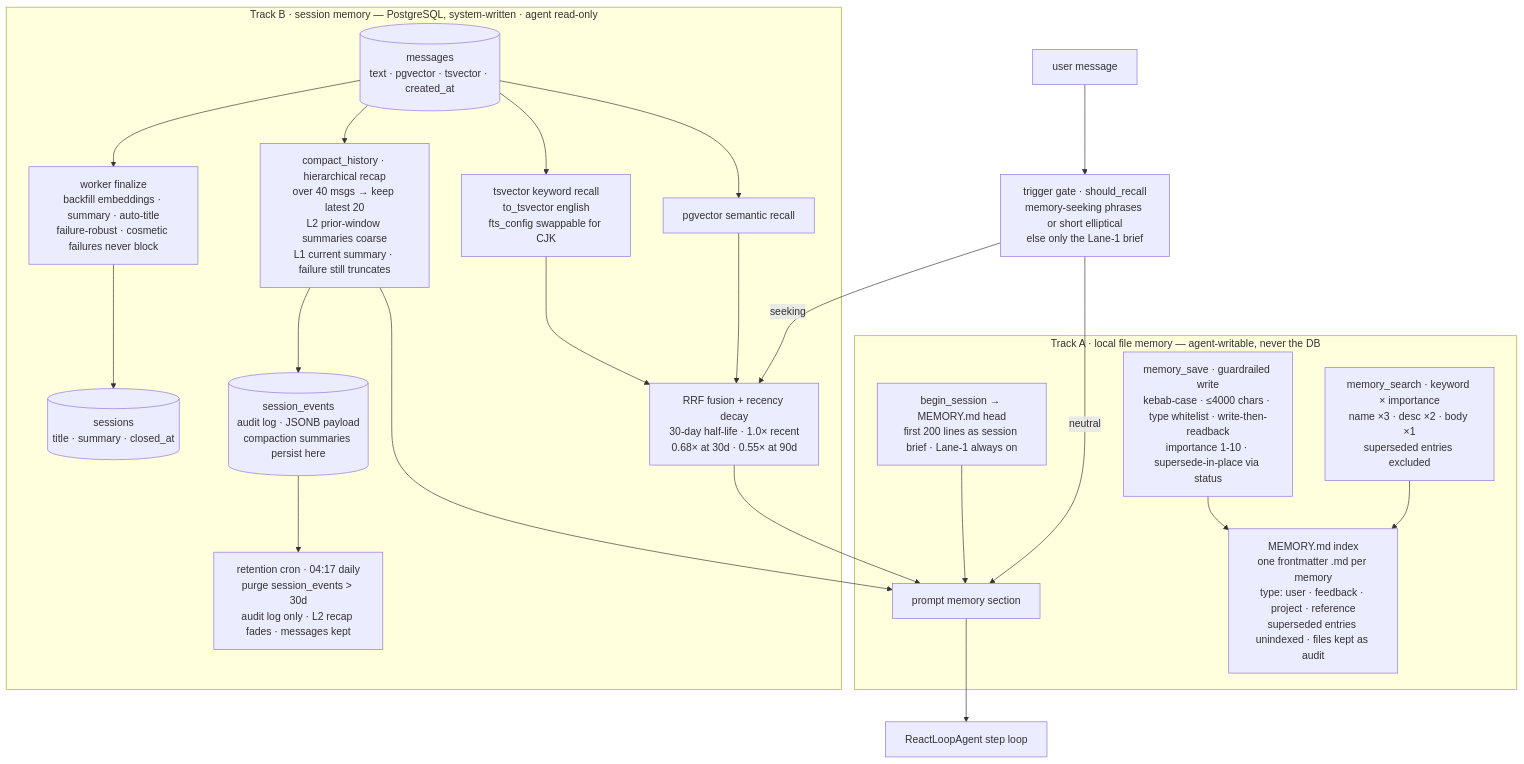
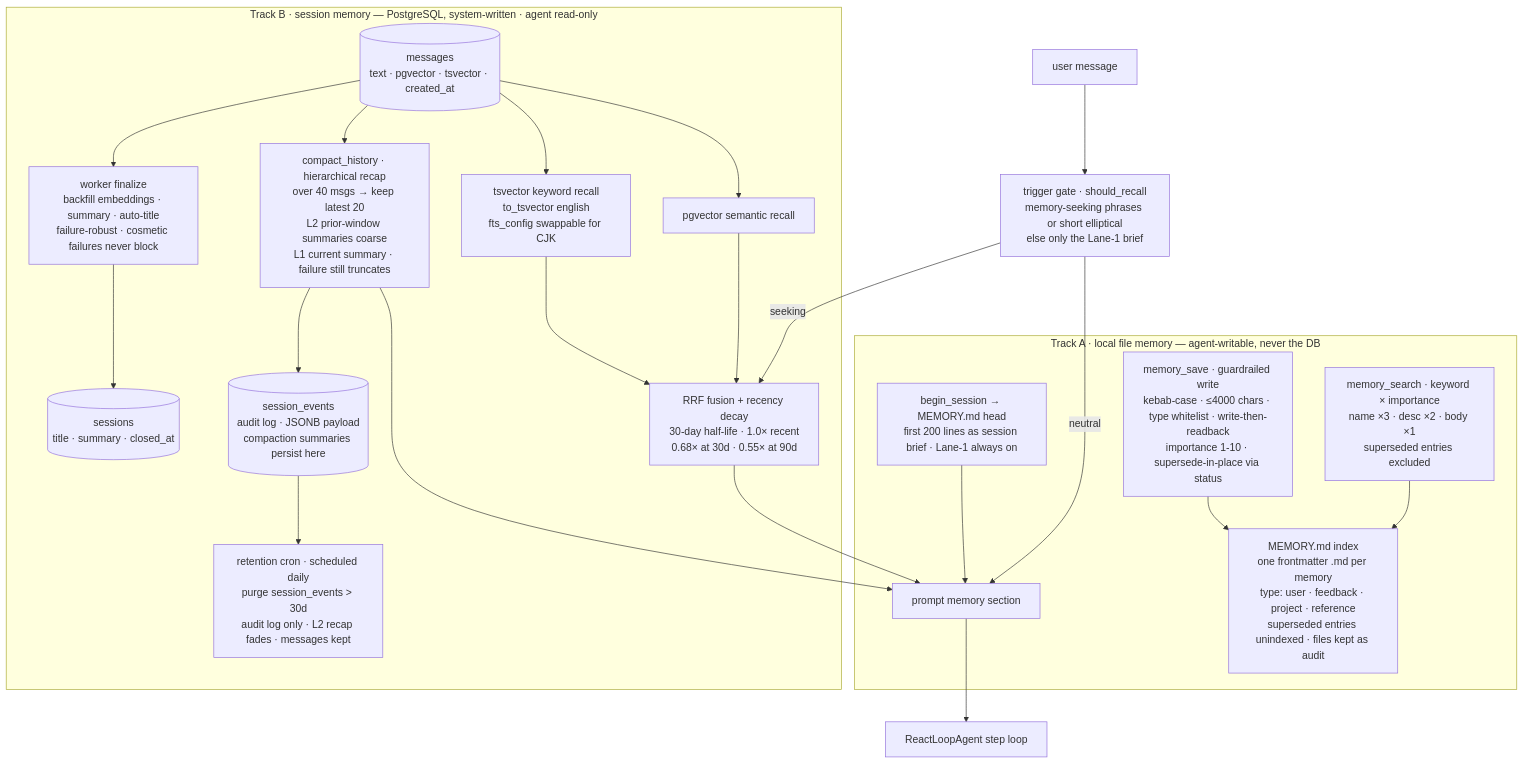
Before and after one commit to Eric-LLMs/DeepDive: the third of 4 diagrams in README.md, drawn with Mermaid. The commit also changed other lines of this file and 3 other files, not shown here.

First line of the commit message:
docs: expand prompt mermaid source inline, align 2x2, drop retention clock time

````diff
--- a/README.md
+++ b/README.md
@@ -78,48 +78,48 @@
 ```mermaid
 flowchart TB
     %% Invariants: thinking never persisted · messages never deleted by compaction/retention ·
     %% memory_save writes the memdir only (never PG) · vector-channel failure → tsvector-only (never silent empty) ·
     %% superseding marks a memory, never deletes it (audit file kept) · cosmetic failures never block the main flow
 
     P[prompt memory section]
 
     subgraph trackA["Track A · local file memory — agent-writable, never the DB"]
         FILES[MEMORY.md index<br/>one frontmatter .md per memory<br/>type: user · feedback · project · reference<br/>superseded entries unindexed · files kept as audit]
         WRITE[memory_save · guardrailed write<br/>kebab-case · ≤4000 chars · type whitelist · write-then-readback<br/>importance 1-10 · supersede-in-place via status]
         SEARCH[memory_search · keyword × importance<br/>name ×3 · desc ×2 · body ×1<br/>superseded entries excluded]
         BRIEF[begin_session → MEMORY.md head<br/>first 200 lines as session brief · Lane-1 always on]
         WRITE --> FILES
         SEARCH --> FILES
         BRIEF --> P
     end
 
     subgraph trackB["Track B · session memory — PostgreSQL, system-written · agent read-only"]
         MSGS[(messages<br/>text · pgvector · tsvector · created_at)]
         SESS[(sessions<br/>title · summary · closed_at)]
         EVTS[(session_events<br/>audit log · JSONB payload<br/>compaction summaries persist here)]
         KW[tsvector keyword recall<br/>to_tsvector english<br/>fts_config swappable for CJK]
         VEC[pgvector semantic recall]
         RRF[RRF fusion + recency decay<br/>30-day half-life · 1.0× recent<br/>0.68× at 30d · 0.55× at 90d]
         COMPACT[compact_history · hierarchical recap<br/>over 40 msgs → keep latest 20<br/>L2 prior-window summaries coarse<br/>L1 current summary · failure still truncates]
         FINAL[worker finalize<br/>backfill embeddings · summary · auto-title<br/>failure-robust · cosmetic failures never block]
-        SWEEP[retention cron · 04:17 daily<br/>purge session_events > 30d<br/>audit log only · L2 recap fades · messages kept]
+        SWEEP[retention cron · scheduled daily<br/>purge session_events > 30d<br/>audit log only · L2 recap fades · messages kept]
         MSGS --> KW
         MSGS --> VEC
         KW --> RRF
         VEC --> RRF
         MSGS --> COMPACT
         MSGS --> FINAL
         COMPACT --> P
         COMPACT --> EVTS
         EVTS --> SWEEP
         FINAL --> SESS
     end
 
     USER[user message]
     GATE[trigger gate · should_recall<br/>memory-seeking phrases or short elliptical<br/>else only the Lane-1 brief]
     USER --> GATE
     GATE -- seeking --> RRF
     GATE -- neutral --> P
     RRF --> P
     P --> AGENT[ReactLoopAgent step loop]
 ```
````
